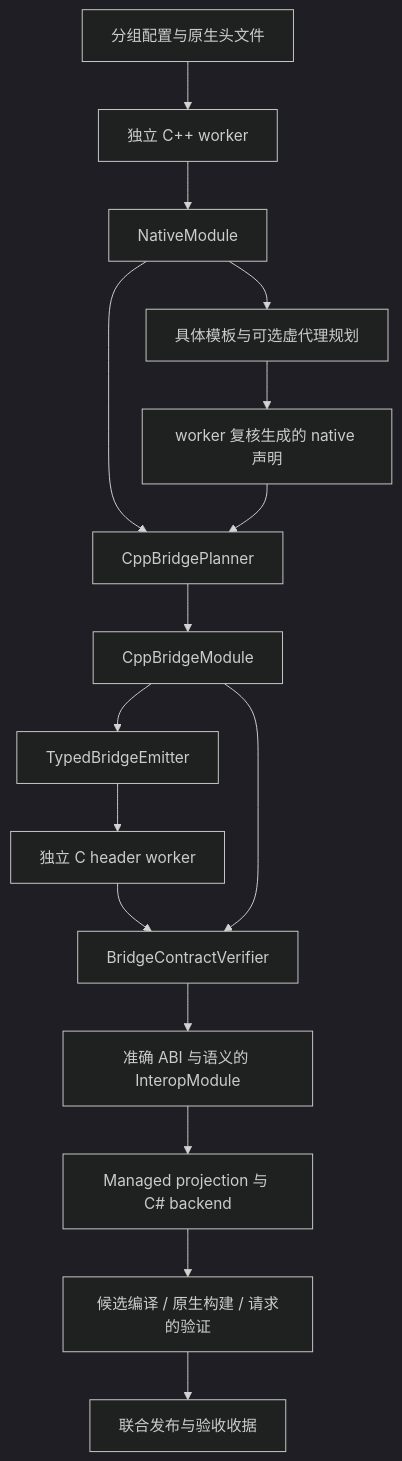
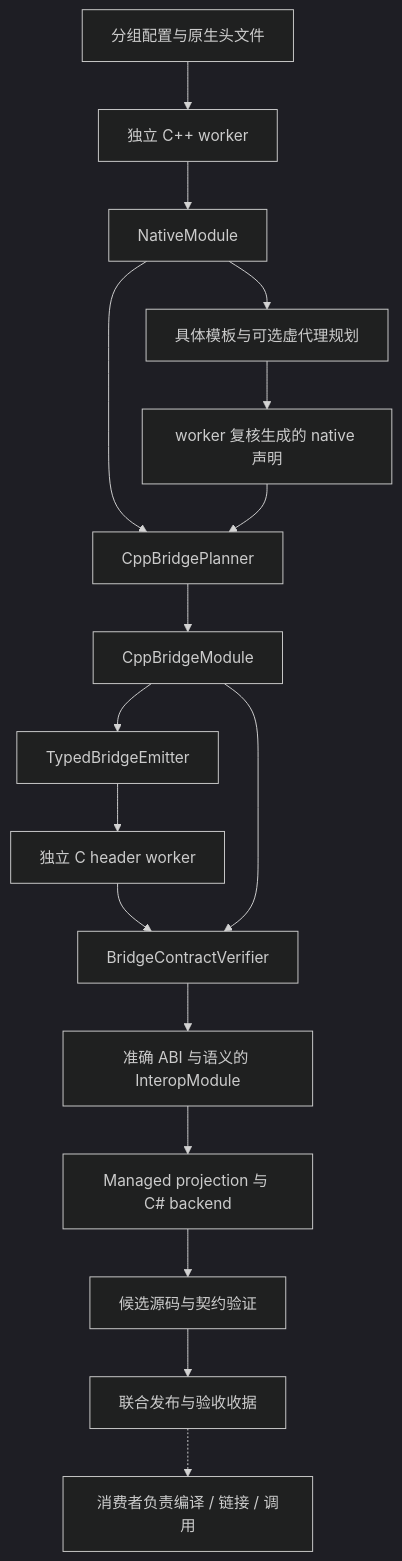
The diagram in docs/lowering.cn.md (FLwolfy/BindGen-CS), drawn with Mermaid (dark theme) before and after one commit. The commit also changed other lines of this file and 66 other files, not shown here.

````diff
--- a/docs/lowering.cn.md
+++ b/docs/lowering.cn.md
@@ -7,18 +7,19 @@
 ```mermaid
 flowchart TD
     Source["分组配置与原生头文件"] --> Worker["独立 C++ worker"]
     Worker --> Native["NativeModule"]
     Native --> Extra["具体模板与可选虚代理规划"]
     Extra --> Expanded["worker 复核生成的 native 声明"]
     Native --> Plan["CppBridgePlanner"]
     Expanded --> Plan
     Plan --> Bridge["CppBridgeModule"]
     Bridge --> Emit["TypedBridgeEmitter"]
     Emit --> CWorker["独立 C header worker"]
     CWorker --> Verify["BridgeContractVerifier"]
     Bridge --> Verify
     Verify --> Interop["准确 ABI 与语义的 InteropModule"]
     Interop --> Managed["Managed projection 与 C# backend"]
-    Managed --> Candidate["候选编译 / 原生构建 / 请求的验证"]
+    Managed --> Candidate["候选源码与契约验证"]
     Candidate --> Publish["联合发布与验收收据"]
+    Publish -.-> Consumer["消费者负责编译 / 链接 / 调用"]
 ```
````
